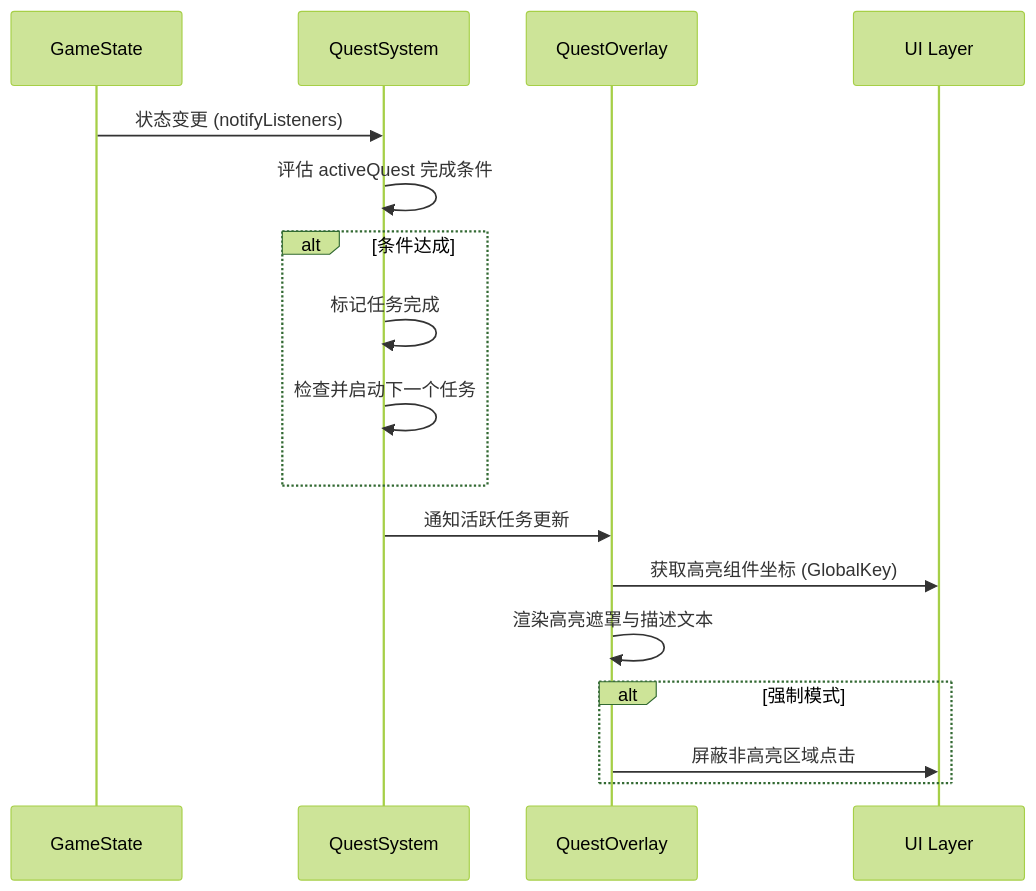
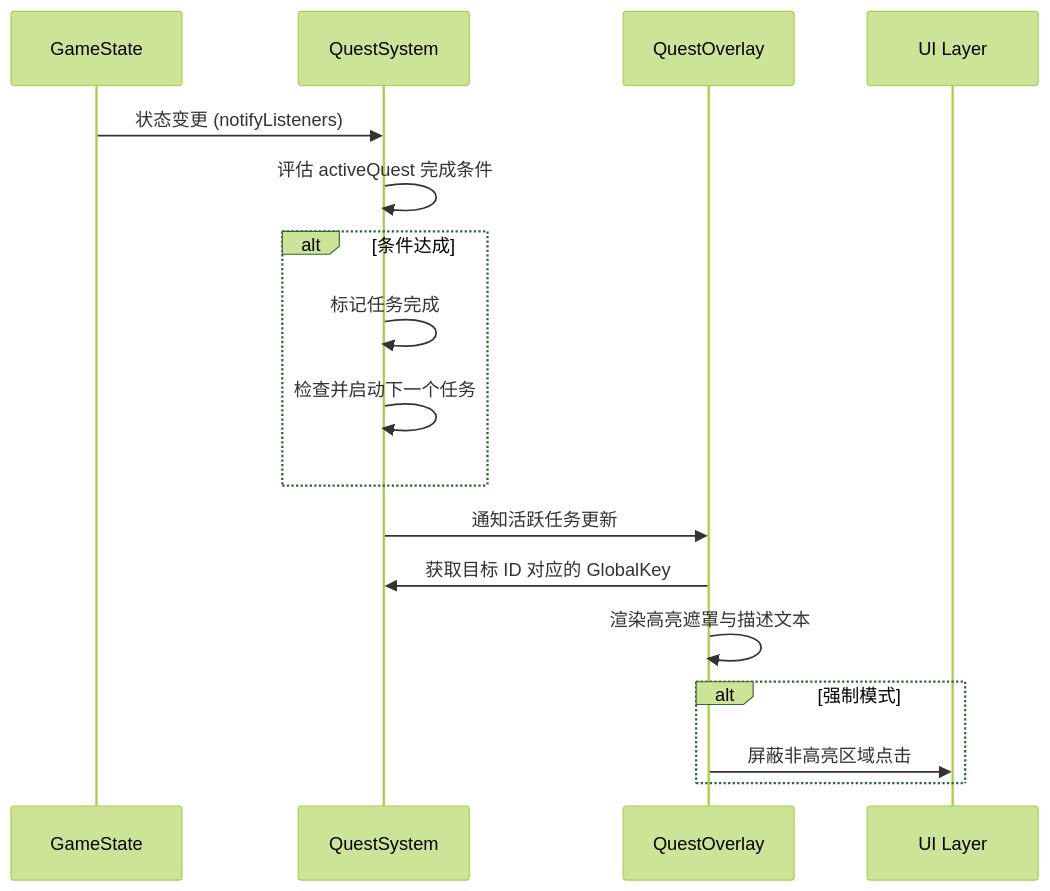
One commit to cziwen/cruising changed the diagram in design_doc/2.16_quest_system.md. Above: the diagram before and after it, drawn with Mermaid (forest theme). The commit also changed other lines of this file and 7 other files, not shown here.

````diff
--- a/design_doc/2.16_quest_system.md
+++ b/design_doc/2.16_quest_system.md
@@ -57,20 +65,20 @@
 ```mermaid
 sequenceDiagram
     participant GS as GameState
     participant QS as QuestSystem
     participant QO as QuestOverlay
     participant UI as UI Layer
 
     GS->>QS: 状态变更 (notifyListeners)
     QS->>QS: 评估 activeQuest 完成条件
     alt 条件达成
         QS->>QS: 标记任务完成
         QS->>QS: 检查并启动下一个任务
     end
     QS->>QO: 通知活跃任务更新
-    QO->>UI: 获取高亮组件坐标 (GlobalKey)
+    QO->>QS: 获取目标 ID 对应的 GlobalKey
     QO->>QO: 渲染高亮遮罩与描述文本
     alt 强制模式
         QO->>UI: 屏蔽非高亮区域点击
     end
 ```
````
